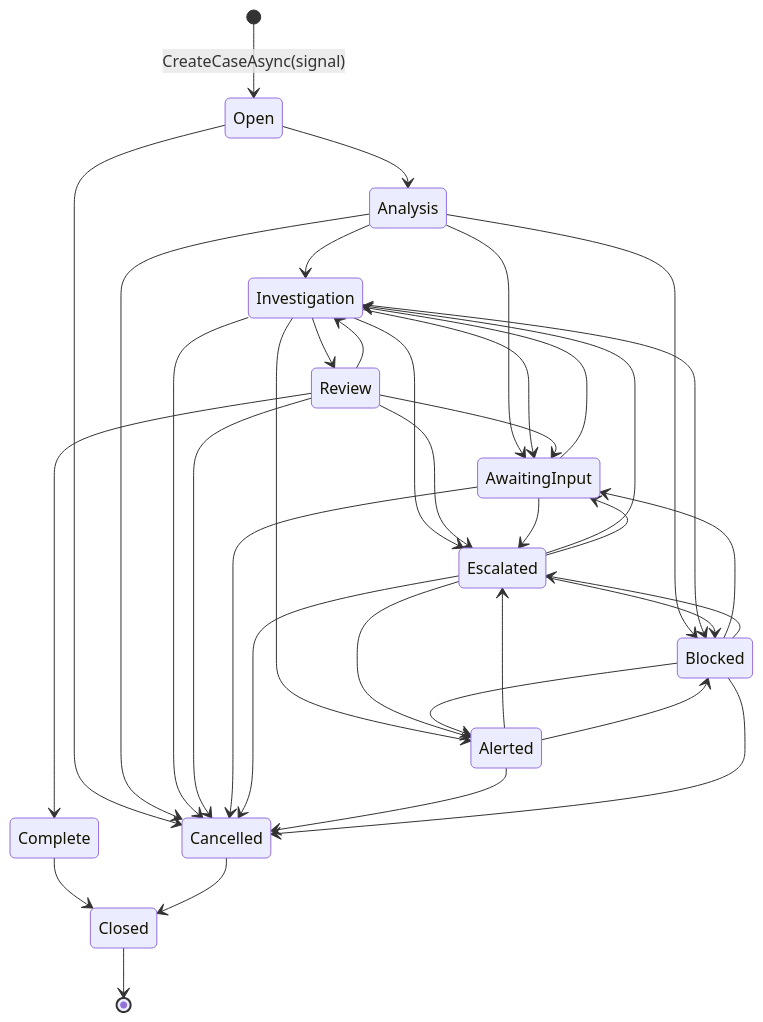
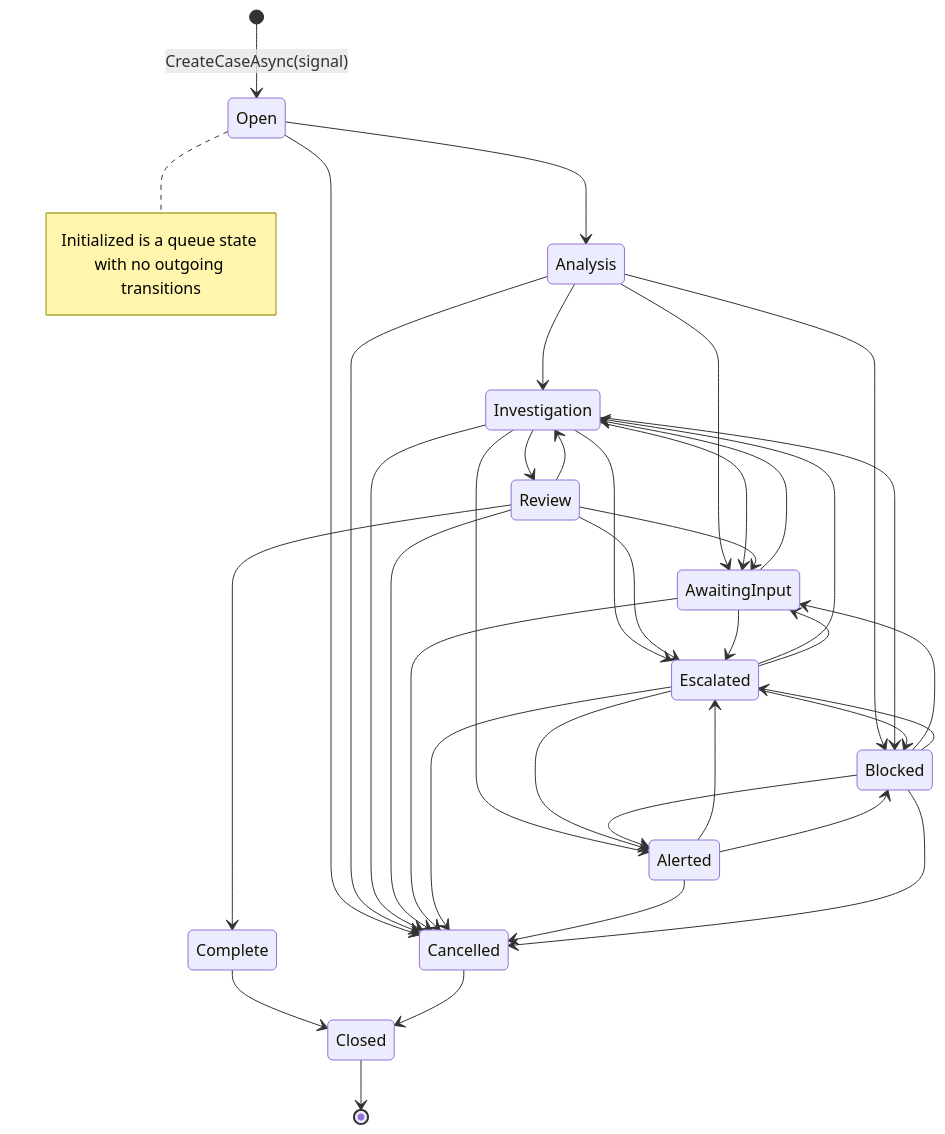
The diagram in README.md (KyleC69/SentinelCore), drawn with Mermaid before and after one commit. The commit also changed other lines of this file and 84 other files, not shown here.

````diff
--- a/README.md
+++ b/README.md
@@ -102,47 +102,48 @@
 ```mermaid
 stateDiagram-v2
     [*] --> Open : CreateCaseAsync(signal)
+    note right of Open : Initialized is a queue state with no outgoing transitions
     Open --> Analysis
     Open --> Cancelled
 
     Analysis --> Investigation
     Analysis --> AwaitingInput
     Analysis --> Blocked
     Analysis --> Cancelled
 
     Investigation --> Review
     Investigation --> AwaitingInput
     Investigation --> Blocked
     Investigation --> Escalated
     Investigation --> Alerted
     Investigation --> Cancelled
 
     Review --> Complete
     Review --> Investigation
     Review --> AwaitingInput
     Review --> Escalated
     Review --> Cancelled
 
     AwaitingInput --> Investigation
     AwaitingInput --> Escalated
     AwaitingInput --> Cancelled
 
     Escalated --> Investigation
     Escalated --> AwaitingInput
     Escalated --> Blocked
     Escalated --> Alerted
     Escalated --> Cancelled
 
     Alerted --> Escalated
     Alerted --> Blocked
     Alerted --> Cancelled
 
     Blocked --> AwaitingInput
     Blocked --> Escalated
     Blocked --> Alerted
     Blocked --> Cancelled
 
     Complete --> Closed
     Cancelled --> Closed
     Closed --> [*]
 ```
````
